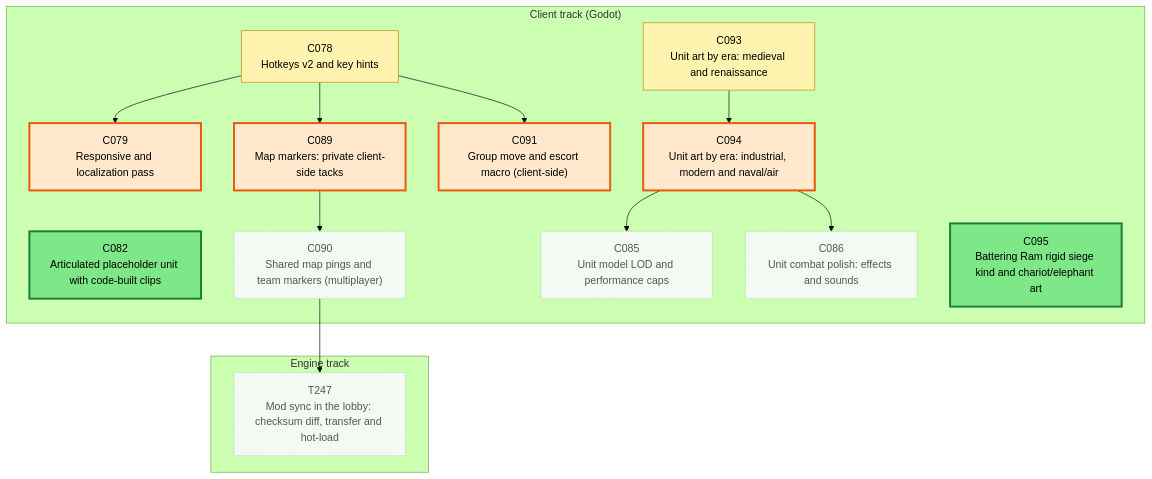
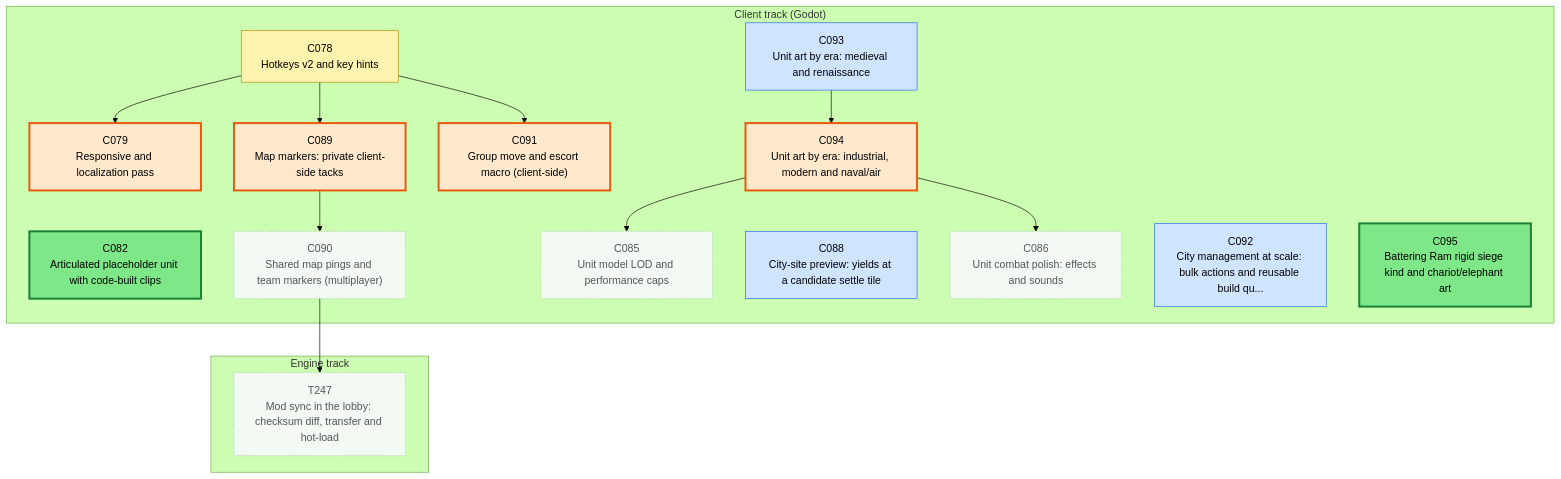
The first of 3 diagrams in csharp/migration/DEPENDENCY_MAP.md (Kenmura/Unciv), drawn with Mermaid (forest theme) before and after one commit. The commit also changed other lines of this file and 1 other file, not shown here.

````diff
--- a/csharp/migration/DEPENDENCY_MAP.md
+++ b/csharp/migration/DEPENDENCY_MAP.md
@@ -25,46 +25,50 @@
 ```mermaid
 flowchart TD
   subgraph TTRACK["Engine track"]
     T247["T247<br/>Mod sync in the lobby: checksum diff, transfer and hot-load"]
   end
   subgraph CTRACK["Client track (Godot)"]
     C078["C078<br/>Hotkeys v2 and key hints"]
     C079["C079<br/>Responsive and localization pass"]
     C082["C082<br/>Articulated placeholder unit with code-built clips"]
     C085["C085<br/>Unit model LOD and performance caps"]
     C086["C086<br/>Unit combat polish: effects and sounds"]
+    C088["C088<br/>City-site preview: yields at a candidate settle tile"]
     C089["C089<br/>Map markers: private client-side tacks"]
     C090["C090<br/>Shared map pings and team markers (multiplayer)"]
     C091["C091<br/>Group move and escort macro (client-side)"]
+    C092["C092<br/>City management at scale: bulk actions and reusable build qu..."]
     C093["C093<br/>Unit art by era: medieval and renaissance"]
     C094["C094<br/>Unit art by era: industrial, modern and naval/air"]
     C095["C095<br/>Battering Ram rigid siege kind and chariot/elephant art"]
   end
   C090 --> T247
   C078 --> C079
   C094 --> C085
   C094 --> C086
   C078 --> C089
   C089 --> C090
   C078 --> C091
   C093 --> C094
   classDef waiting fill:#f3faf3,stroke:#9bc49b,color:#555,stroke-dasharray:2 2
   classDef ondeck fill:#ffe8cc,stroke:#e8590c,stroke-width:3px,color:#000
   classDef ready fill:#7ee787,stroke:#1a7f37,stroke-width:3px,color:#000
   classDef prog fill:#fff3b0,stroke:#b58900,color:#000
   classDef review fill:#cfe4ff,stroke:#1f6feb,color:#000
   classDef blocked fill:#ffd6d6,stroke:#c62828,color:#000
   classDef done fill:#eeeeee,stroke:#999999,color:#666,stroke-dasharray:4 3
   class C078 prog
   class C079 ondeck
   class C082 ready
   class C085 waiting
   class C086 waiting
+  class C088 review
   class C089 ondeck
   class C090 waiting
   class C091 ondeck
-  class C093 prog
+  class C092 review
+  class C093 review
   class C094 ondeck
   class C095 ready
   class T247 waiting
 ```
````
